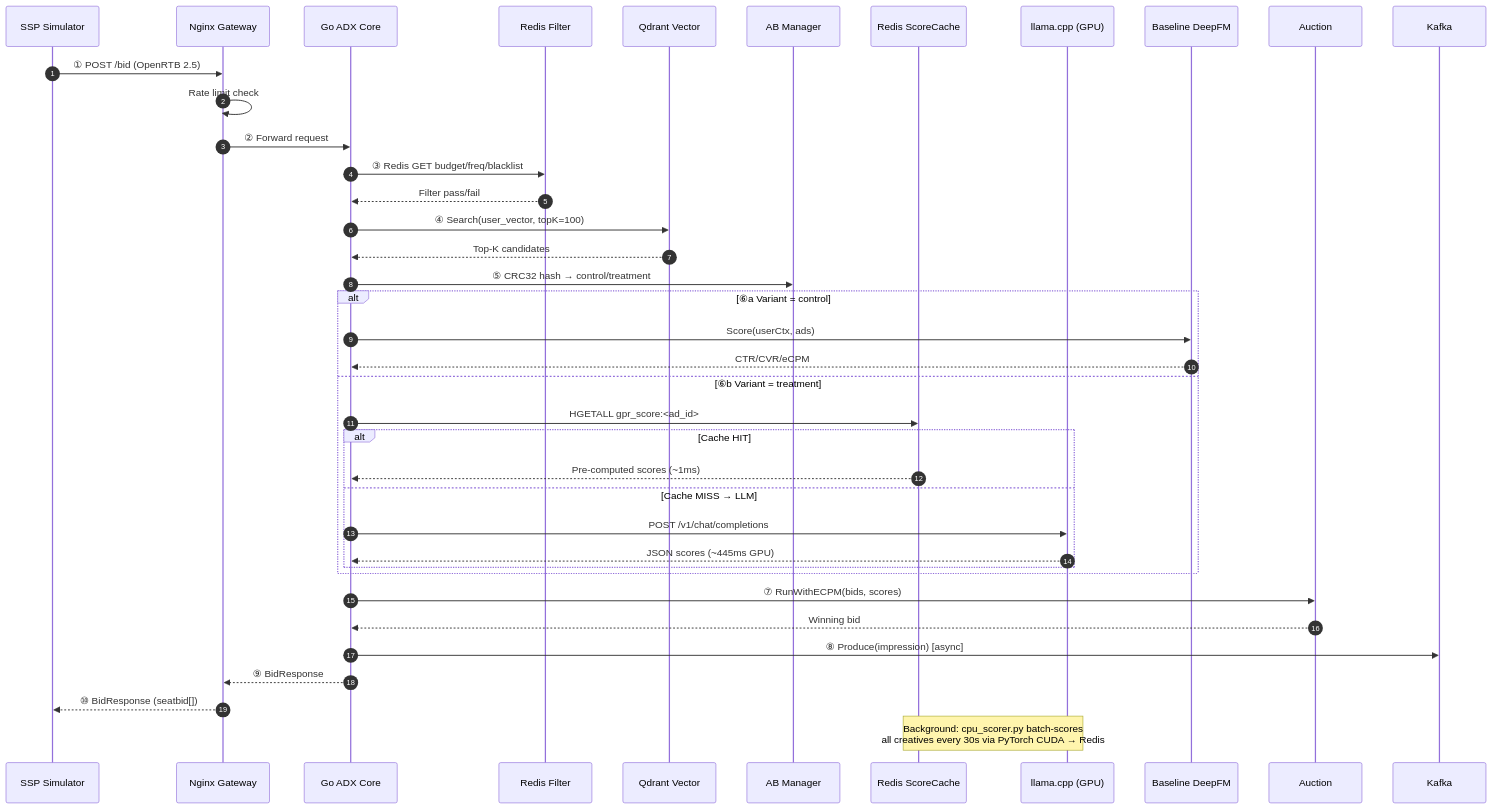
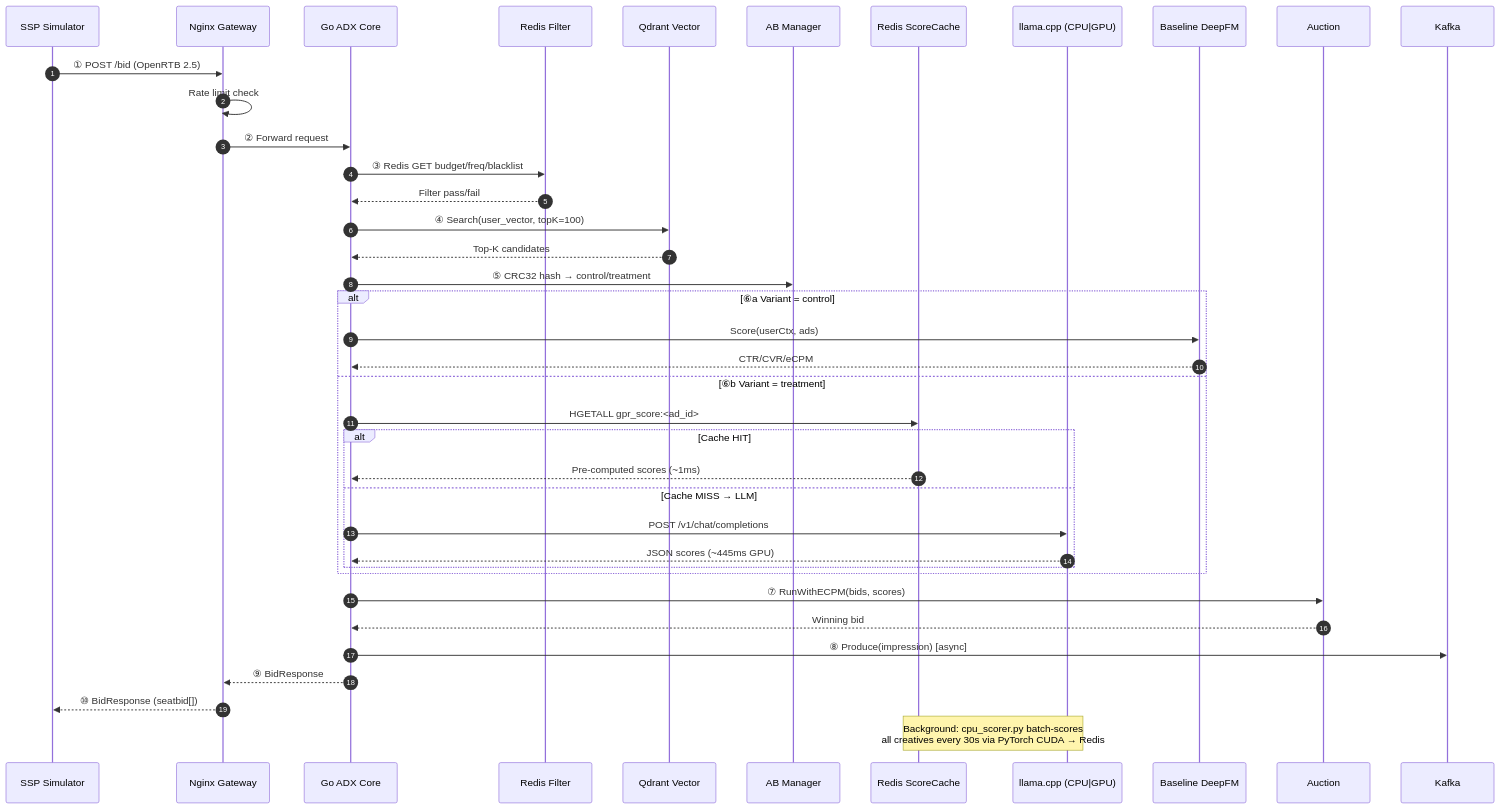
Before and after one commit to jlguo/agentic-adx: the first of 6 diagrams in demo/demo_flow.md, drawn with Mermaid. The commit also changed other lines of this file and 1 other file, not shown here.

Commit message:
docs: clarify llama.cpp CPU|GPU mode, hardcoded fallback is GPRClient safety net

````diff
--- a/demo/demo_flow.md
+++ b/demo/demo_flow.md
@@ -50,45 +50,45 @@
 ```mermaid
 sequenceDiagram
     autonumber
     participant SSP as SSP Simulator
     participant NG as Nginx Gateway
     participant ADX as Go ADX Core
     participant RF as Redis Filter
     participant QD as Qdrant Vector
     participant AB as AB Manager
     participant RC as Redis ScoreCache
-    participant LLM as llama.cpp (GPU)
+    participant LLM as llama.cpp (CPU|GPU)
     participant BL as Baseline DeepFM
     participant AU as Auction
     participant KF as Kafka
 
     SSP->>NG: ① POST /bid (OpenRTB 2.5)
     NG->>NG: Rate limit check
     NG->>ADX: ② Forward request
     ADX->>RF: ③ Redis GET budget/freq/blacklist
     RF-->>ADX: Filter pass/fail
     ADX->>QD: ④ Search(user_vector, topK=100)
     QD-->>ADX: Top-K candidates
     ADX->>AB: ⑤ CRC32 hash → control/treatment
 
     alt ⑥a Variant = control
         ADX->>BL: Score(userCtx, ads)
         BL-->>ADX: CTR/CVR/eCPM
     else ⑥b Variant = treatment
         ADX->>RC: HGETALL gpr_score:<ad_id>
         alt Cache HIT
             RC-->>ADX: Pre-computed scores (~1ms)
         else Cache MISS → LLM
             ADX->>LLM: POST /v1/chat/completions
             LLM-->>ADX: JSON scores (~445ms GPU)
         end
     end
 
     ADX->>AU: ⑦ RunWithECPM(bids, scores)
     AU-->>ADX: Winning bid
     ADX->>KF: ⑧ Produce(impression) [async]
     ADX-->>NG: ⑨ BidResponse
     NG-->>SSP: ⑩ BidResponse (seatbid[])
 
     Note over RC,LLM: Background: cpu_scorer.py batch-scores<br/>all creatives every 30s via PyTorch CUDA → Redis
 ```
````
